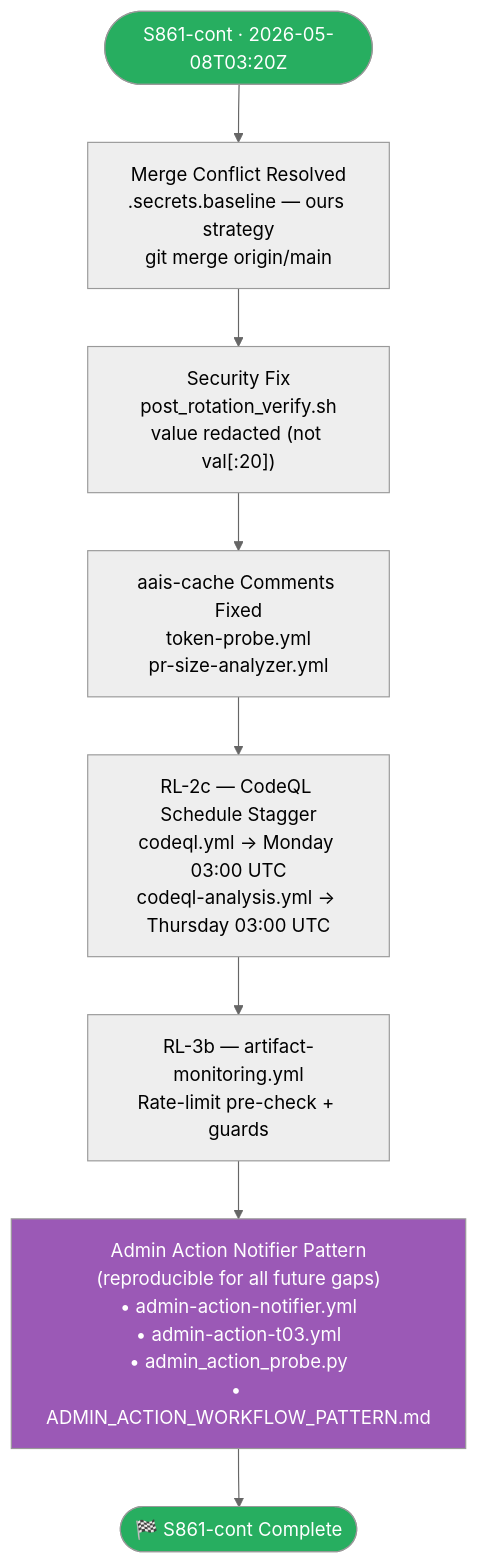
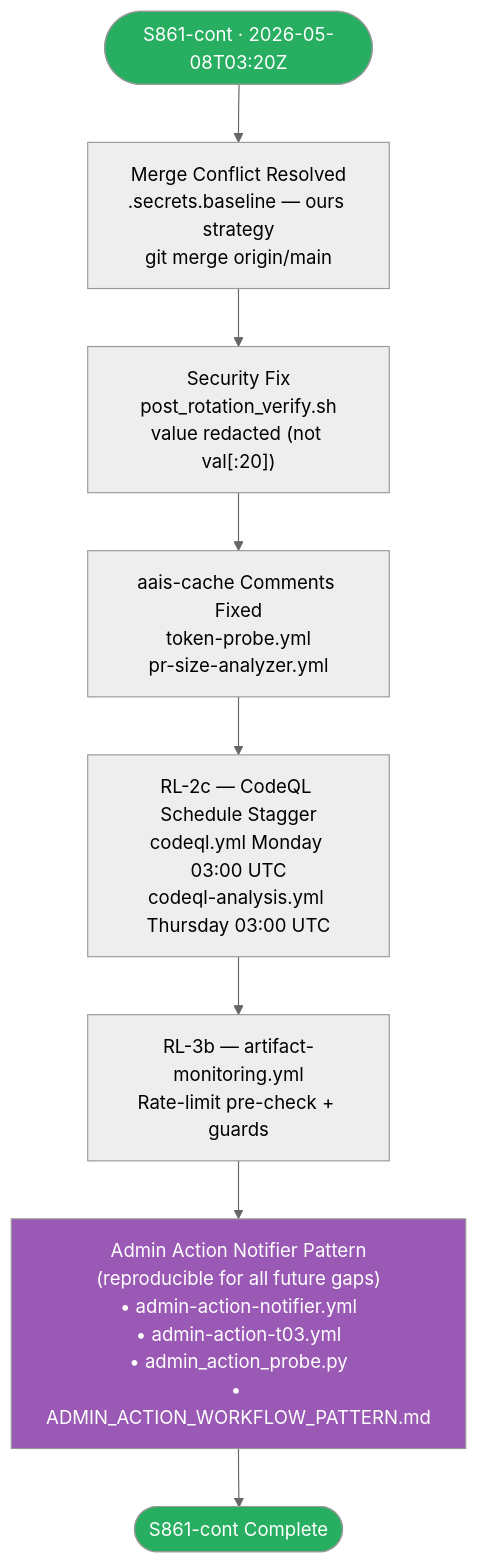
The third of 26 diagrams in docs/sessions/PR4346_session_diagram.md (Aries-Serpent/_codex_), drawn with Mermaid (neutral theme) before and after one commit. The commit also changed other lines of this file and 4117 other files, not shown here.

````diff
--- a/docs/sessions/PR4346_session_diagram.md
+++ b/docs/sessions/PR4346_session_diagram.md
@@ -63,23 +67,25 @@
 ```mermaid
 %%{init: {'accessibility': {'title': 'Flowchart showing " S861-cont · 2026-05-08T03:20Z", " Merge Conflict Resolved\n.secrets.baseline — ours strategy\ngit merge origin/main"'}}%%
+
 flowchart TD
-    START2([" S861-cont · 2026-05-08T03:20Z"]) --> MERGE
 
-    MERGE[" Merge Conflict Resolved\n.secrets.baseline — ours strategy\ngit merge origin/main"] --> SEC
+ START2([" S861-cont · 2026-05-08T03:20Z"]) --> MERGE
 
-    SEC[" Security Fix\npost_rotation_verify.sh\nvalue redacted (not val[:20])"] --> CACHE
+ MERGE[" Merge Conflict Resolved\n.secrets.baseline — ours strategy\ngit merge origin/main"] --> SEC
 
-    CACHE[" aais-cache Comments Fixed\ntoken-probe.yml\npr-size-analyzer.yml"] --> RL2C
+ SEC[" Security Fix\npost_rotation_verify.sh\nvalue redacted (not val[:20])"] --> CACHE
 
-    RL2C[" RL-2c — CodeQL Schedule Stagger\ncodeql.yml → Monday 03:00 UTC\ncodeql-analysis.yml → Thursday 03:00 UTC"] --> RL3B
+ CACHE[" aais-cache Comments Fixed\ntoken-probe.yml\npr-size-analyzer.yml"] --> RL2C
 
-    RL3B[" RL-3b — artifact-monitoring.yml\nRate-limit pre-check + guards"] --> ADMIN
+ RL2C[" RL-2c — CodeQL Schedule Stagger\ncodeql.yml Monday 03:00 UTC\ncodeql-analysis.yml Thursday 03:00 UTC"] --> RL3B
 
-    ADMIN[" Admin Action Notifier Pattern\n(reproducible for all future gaps)\n• admin-action-notifier.yml\n• admin-action-t03.yml\n• admin_action_probe.py\n• ADMIN_ACTION_WORKFLOW_PATTERN.md"] --> END2
+ RL3B[" RL-3b — artifact-monitoring.yml\nRate-limit pre-check + guards"] --> ADMIN
 
-    END2(["🏁 S861-cont Complete"])
+ ADMIN[" Admin Action Notifier Pattern\n(reproducible for all future gaps)\n• admin-action-notifier.yml\n• admin-action-t03.yml\n• admin_action_probe.py\n• ADMIN_ACTION_WORKFLOW_PATTERN.md"] --> END2
 
-    style START2 fill:#27ae60,color:#fff
-    style END2 fill:#27ae60,color:#fff
-    style ADMIN fill:#9b59b6,color:#fff
+ END2([" S861-cont Complete"])
+
+ style START2 fill:#27ae60,color:#fff
+ style END2 fill:#27ae60,color:#fff
+ style ADMIN fill:#9b59b6,color:#fff
 ```
````
